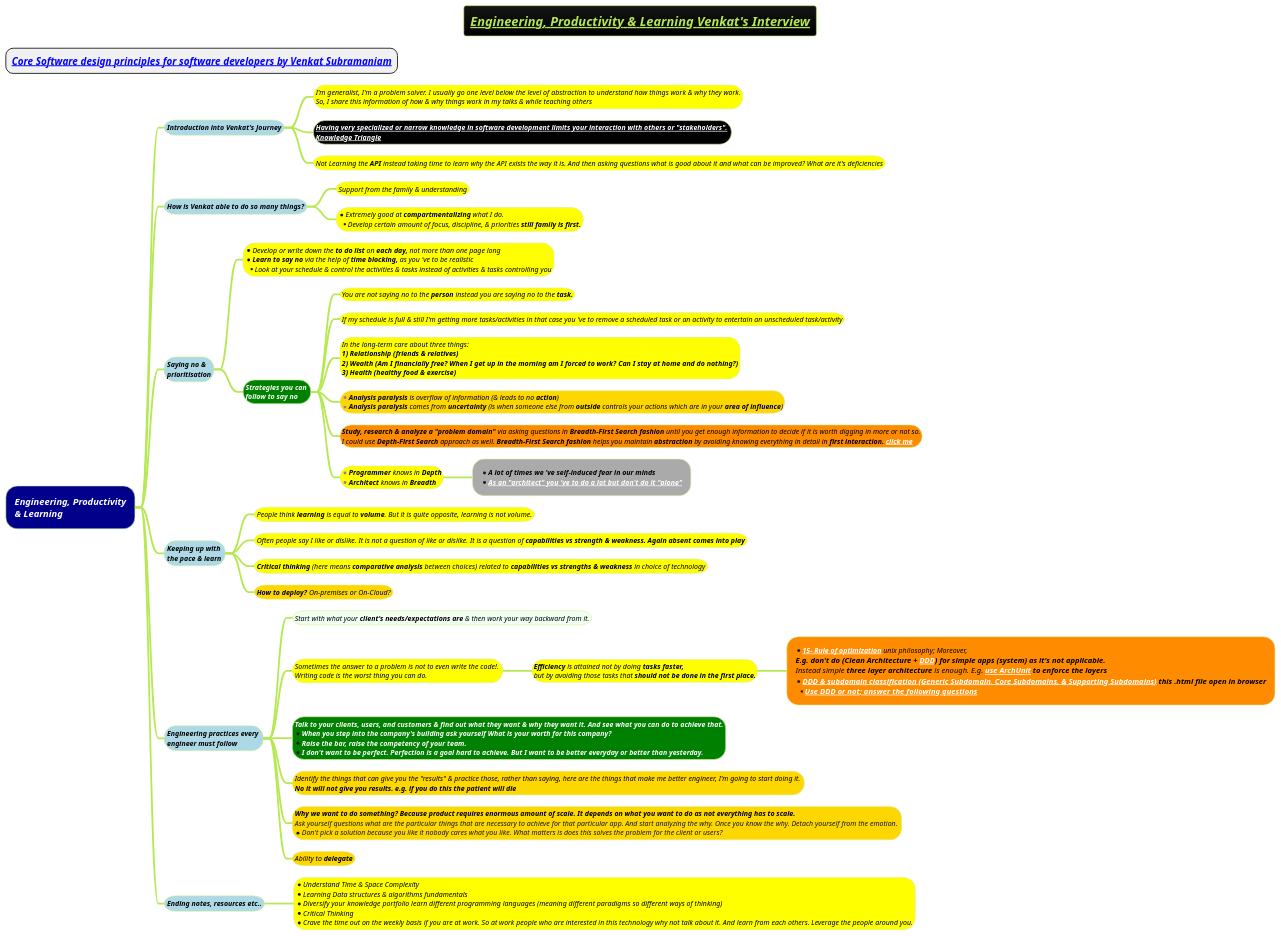
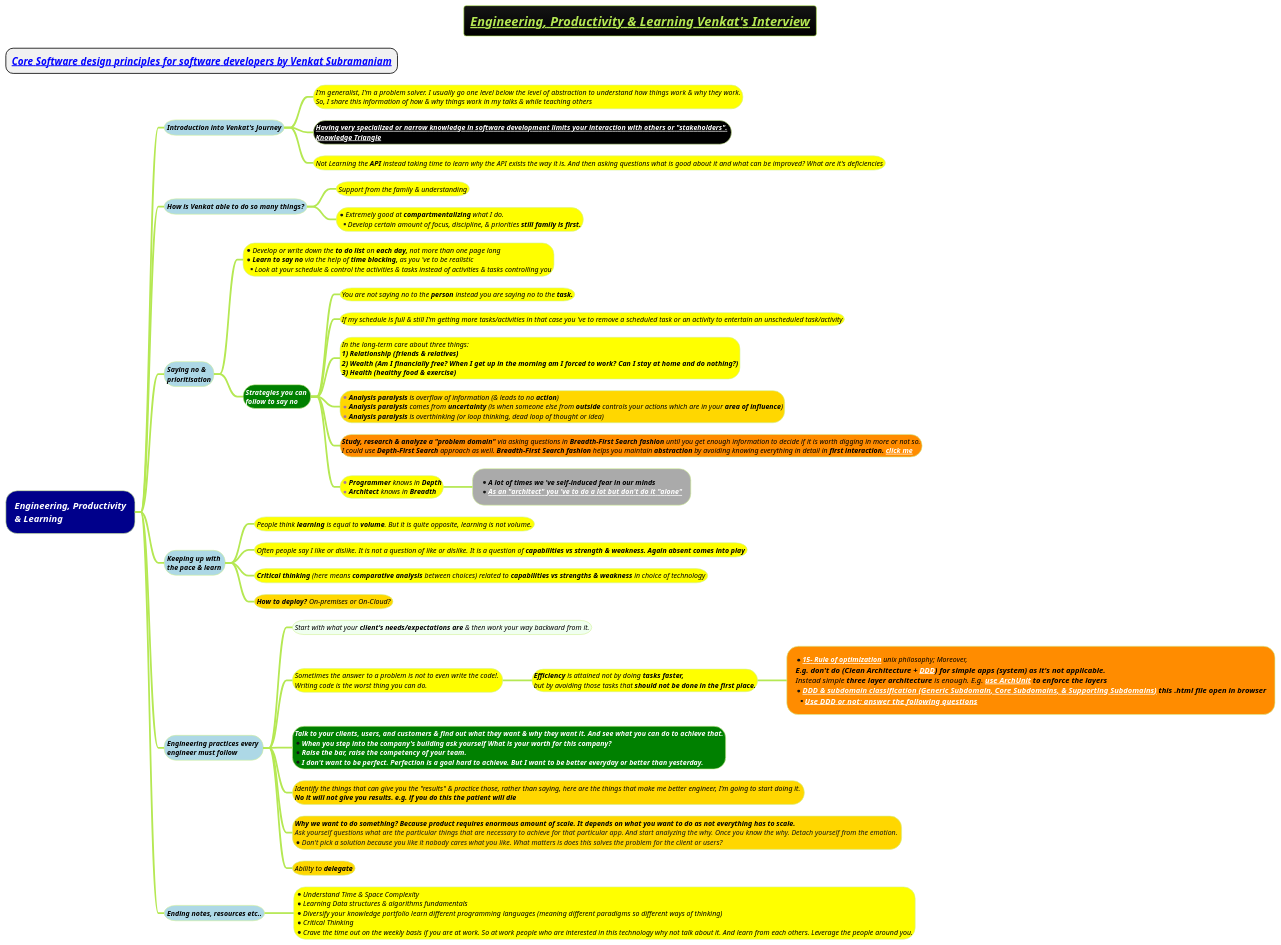
Before and after one commit to MehmoodHashmi/Documentation-as-Code-DaC: the diagram in docs/3-programming-languages/Venkat-Subramaniam/Engineering-Productivity-and-Learning.puml, drawn with PlantUML. The commit also changed 8 other files, not shown here.

```diff
--- a/docs/3-programming-languages/Venkat-Subramaniam/Engineering-Productivity-and-Learning.puml
+++ b/docs/3-programming-languages/Venkat-Subramaniam/Engineering-Productivity-and-Learning.puml
@@ -1,69 +1,71 @@
 @startmindmap
 title =<i><b><u><size:18>Engineering, Productivity & Learning Venkat's Interview
 
 * ===<i><b>[[docs/3-programming-languages/Venkat-Subramaniam/Core-Software-design-principles-for-software-developers.puml Core Software design principles for software developers by Venkat Subramaniam]]
 !theme hacker
 
 *[#darkblue] <color:white><i>Engineering, Productivity\n<color:white><i>& Learning
 **[#lightblue] <i><color #black><size:12>Introduction into Venkat's Journey
 ***[#yellow]:<i><color #black><size:12>I'm generalist, I'm a problem solver. I usually go one level below the level of abstraction to understand how things work & why they work.
 <i><color #black><size:12>So, I share this information of how & why things work in my talks & while teaching others;
 ***[#black] <b><i><color #black><size:12>[[docs/3-programming-languages/Venkat-Subramaniam/images/img_396.png Having very specialized or narrow knowledge in software development limits your interaction with others or "stakeholders".]] \n<b><i><color #black><size:12>[[docs/3-programming-languages/Venkat-Subramaniam/images/img_245.png Knowledge Triangle]]
 ***[#yellow] <i><color #black><size:12>Not Learning the **API** instead taking time to learn why the API exists the way it is. And then asking questions what is good about it and what can be improved? What are it's deficiencies
 
 **[#lightblue] <i><color #black><size:12>How is Venkat able to do so many things?
 ***[#yellow] <i><color #black><size:12>Support from the family & understanding
 ***[#yellow] *<i><color #black><size:12>Extremely good at **compartmentalizing** what I do. \n**<i><color #black><size:12>Develop certain amount of focus, discipline, & priorities <b>still family is first.
 
 
 **[#lightblue] <i><color #black><size:12>Saying no & \n<i><color #black><size:12>prioritisation
 ***[#yellow]:*<i><color #black><size:12>Develop or write down the **to do list** on **each day,** not more than one page long
 *<i><color #black><size:12>**Learn to say no** via the help of **time blocking,** as you 've to be realistic
 **<i><color #black><size:12>Look at your schedule & control the activities & tasks instead of activities & tasks controlling you;
 ***[#green] <i><color #white><b><size:12>Strategies you can \n<i><color #white><b><size:12>follow to say no
 ****[#yellow] <i><color #black><size:12>You are not saying no to the **person** instead you are saying no to the <b>task.
 ****[#yellow] <i><color #black><size:12>If my schedule is full & still I'm getting more tasks/activities in that case you 've to remove a scheduled task or an activity to entertain an unscheduled task/activity
 
 ****[#yellow]:<i><color #black><size:12>In the long-term care about three things:
 <i><color #black><size:12><b>1) Relationship (friends & relatives)
 <i><color #black><size:12><b>2) Wealth (Am I financially free? When I get up in the morning am I forced to work? Can I stay at home and do nothing?)
 <i><color #black><size:12><b>3) Health (healthy food & exercise);
-****[#gold] *<i><color #black><size:12>**Analysis paralysis** is overflow of information (& leads to no **action**) \n*<i><color #black><size:12>**Analysis paralysis** comes from **uncertainty** (is when someone else from **outside** controls your actions which are in your **area of influence**)
+****[#gold]:*<i><color #black><size:12>**Analysis paralysis** is overflow of information (& leads to no **action**)
+*<i><color #black><size:12>**Analysis paralysis** comes from **uncertainty** (is when someone else from **outside** controls your actions which are in your **area of influence**)
+*<i><color #black><size:12>**Analysis paralysis** is overthinking (or loop thinking, dead loop of thought or idea);
 
 ****[#darkorange]:<i><color #black><size:12>**Study, research & analyze a "problem domain"** via asking questions in **Breadth-First Search fashion** until you get enough information to decide if it is worth digging in more or not so.
 <i><color #black><size:12>I could use **Depth-First Search** approach as well. **Breadth-First Search fashion** helps you maintain **abstraction** by avoiding knowing everything in detail in <b>first interaction. [[docs/3-programming-languages/Venkat-Subramaniam/images/img_245.png click me]];
 ****[#yellow] *<i><color #black><size:12>**Programmer** knows in <b>Depth \n*<i><color #black><size:12>**Architect** knows in <b>Breadth
 *****[#a] *<b><i><color #black><size:12>A lot of times we 've self-induced fear in our minds \n*<i><color #black><size:12><b>[[docs/3-programming-languages/Venkat-Subramaniam/images/img_431.png As an  "architect" you 've to do a lot but don't do it "alone"]]
 
 
 **[#lightblue] <i><color #black><size:12>Keeping up with \n<i><color #black><size:12>the pace & learn
 ***[#yellow] <i><color #black><size:12>People think **learning** is equal to **volume**. But it is quite opposite, learning is not volume.
 ***[#yellow] <i><color #black><size:12>Often people say I like or dislike. It is not a question of like or dislike. It is a question of <b>capabilities vs strength & weakness. Again absent comes into play
 ***[#yellow] <i><color #black><size:12>**Critical thinking** (here means **comparative analysis** between choices) related to **capabilities vs strengths & weakness** in choice of technology
 ***[#gold] <i><color #black><size:12>**How to deploy?** On-premises or On-Cloud?
 **[#lightblue] <i><color #black><size:12>Engineering practices every \n<i><color #black><size:12>engineer must follow
 ***[#honeydew] <i><color #black><size:12>Start with what your **client's needs/expectations are** & then work your way backward from it.
 ***[#yellow] <i><color #black><size:12>Sometimes the answer to a problem is not to even write the code!. \n<i><color #black><size:12>Writing code is the worst thing you can do.
 ****[#yellow] <i><color #black><size:12><b>Efficiency</b> is attained not by doing <b>tasks faster,\n<i><color #black><size:12>but by avoiding those tasks that <b>should not be done in the first place.
 *****[#darkorange]:*<i><color #black><size:12>**[[docs/3-programming-languages/Venkat-Subramaniam/images/img_718.png 15- Rule of optimization]]** unix philosophy; Moreover,
 <i><color #black><size:13><b>E.g. don't do (Clean Architecture + [[docs/3-programming-languages/Venkat-Subramaniam/images/img_55.jpg DDD]]) for simple apps (system) as it's not applicable.
 <i><color #black><size:13>Instead simple **three layer architecture** is enough. E.g. <b>[[docs/3-programming-languages/clean-architecture/archunit.adoc use ArchUnit]] to enforce the layers
 *<i><color #black><size:13><b>[[docs/3-programming-languages/Venkat-Subramaniam/gif/DDD-and-subdomain-classification.html DDD & subdomain classification (Generic Subdomain, Core Subdomains, & Supporting Subdomains)]] this .html file open in browser
 **<i><color #black><size:13><b>[[docs/3-programming-languages/Venkat-Subramaniam/images/DDD-and-questions.drawio.png Use DDD or not; answer the following  questions]];
 ***[#green]:<i><color #white><b><size:12>Talk to your clients, users, and customers & find out what they want & why they want it. And see what you can do to achieve that.
 *<i><color #white><b><size:12>When you step into the company's building ask yourself What is your worth for this company?
 *<i><color #white><b><size:12>Raise the bar, raise the competency of your team.
 *<i><color #white><b><size:12>I don't want to be perfect. Perfection is a goal hard to achieve. But I want to be better everyday or better than yesterday.;
 ***[#gold] <i><color #black><size:12>Identify the things that can give you the "results" & practice those, rather than saying, here are the things that make me better engineer, I'm going to start doing it. \n<i><color #black><b><size:12>No it will not give you results. e.g. if you do this the patient will die
 ***[#gold] <i><color #black><b><size:12>Why we want to do something? Because product requires enormous amount of scale. It depends on what you want to do as not everything has to scale. \n<i>Ask yourself questions what are the particular things that are necessary to achieve for that particular app. And start analyzing the why. Once you know the why. Detach yourself from the emotion. \n*<i>Don't pick a solution because you like it nobody cares what you like. What matters is does this solves the problem for the client or users?
 ***[#gold] <i><color #black><size:12>Ability to <b>delegate
 
 **[#lightblue] <i><color #black><size:12>Ending notes, resources etc..
 
 ***[#yellow]:*<i><color #black><size:12>Understand Time & Space Complexity
 *<i><color #black><size:12>Learning Data structures & algorithms fundamentals
 *<i><color #black><size:12>Diversify your knowledge portfolio learn different programming languages (meaning different paradigms so different ways of thinking)
 *<i><color #black><size:12>Critical Thinking
 *<i><color #black><size:12>Crave the time out on the weekly basis if you are at work. So at work people who are interested in this technology why not talk about it. And learn from each others. Leverage the people around you.;
 
 @endmindmap
```
